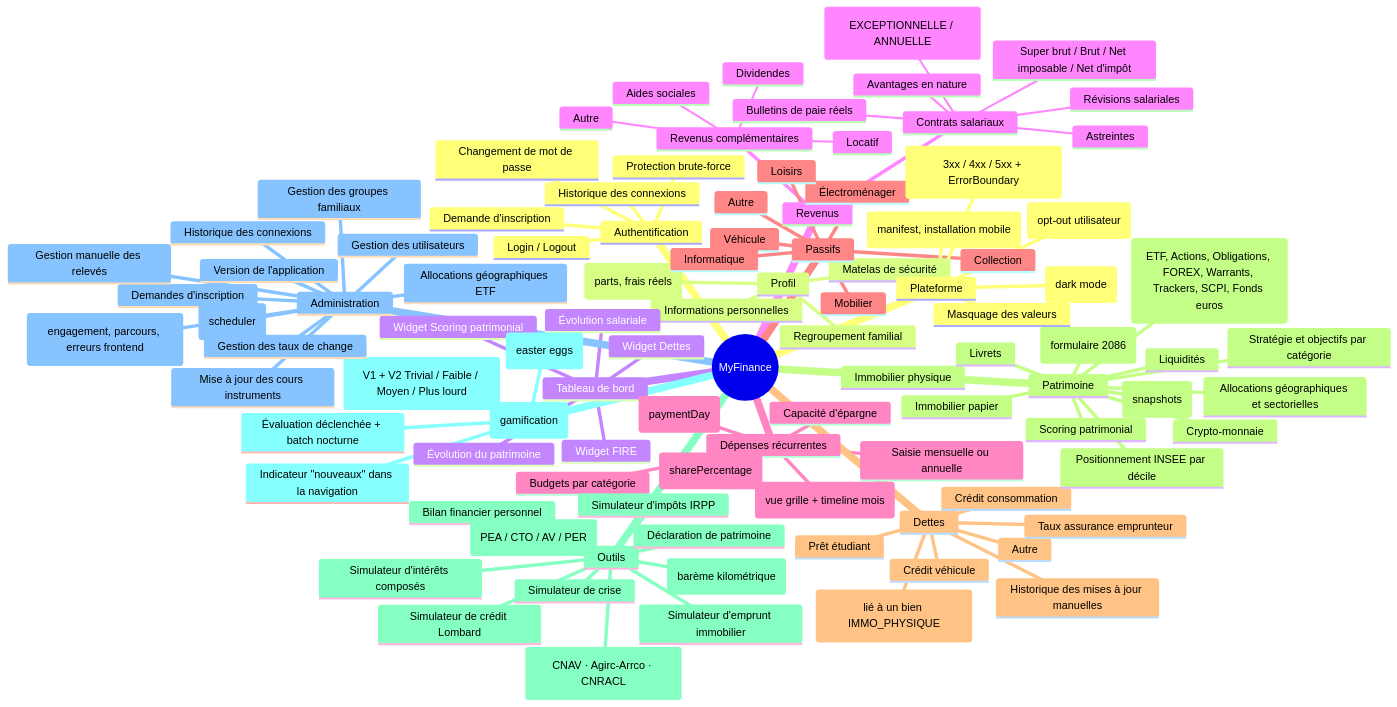
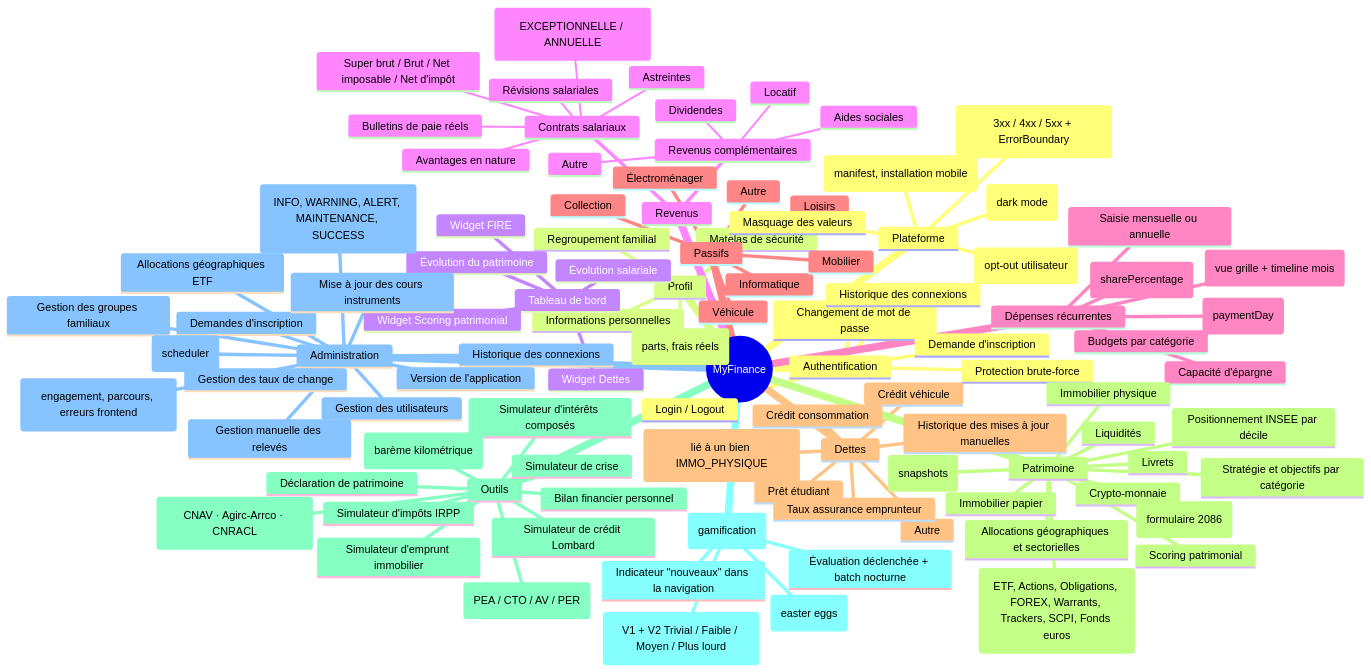
One commit to Neogost/MyFinance changed the diagram in docs/architecture/overview.md. Above: the diagram before and after it, drawn with Mermaid. The commit also changed other lines of this file and 31 other files, not shown here.

First line of the commit message:
feat(info-banners): bannières d'information administrables

```diff
--- a/docs/architecture/overview.md
+++ b/docs/architecture/overview.md
@@ -118,6 +118,7 @@
         Mise à jour automatique des cours (scheduler)
         Version de l'application
         Analytics (engagement, parcours, erreurs frontend)
+        Bannières d'information (INFO, WARNING, ALERT, MAINTENANCE, SUCCESS)
     Plateforme
         Mode nuit (dark mode)
         Masquage des valeurs
```
